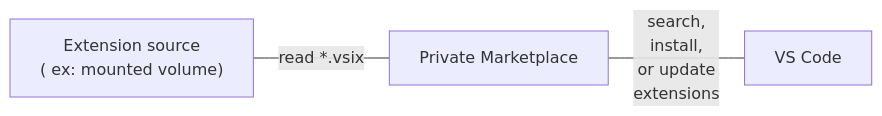
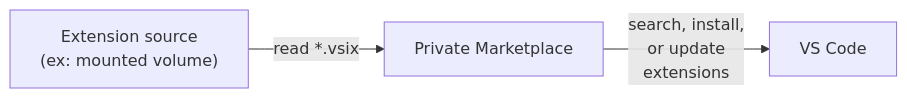
One commit to microsoft/vsmarketplace changed the first of 2 diagrams in privatemarketplace/latest/README.md. Above: the diagram before and after it, drawn with Mermaid.

Commit message:
fix mermaid flowchart in README
html tags not allowed

````diff
--- a/privatemarketplace/latest/README.md
+++ b/privatemarketplace/latest/README.md
@@ -343,5 +343,12 @@
 ```mermaid
 flowchart LR
-   A[Extension source<br>&lpar; ex: mounted volume&rpar; ] --- |read *.vsix| B[Private Marketplace]
-   B --- |search,<br>install,<br>or update<br>extensions| C[VS Code]
+    A["Extension source
+    (ex: mounted volume)"]
+    B["Private Marketplace"]
+    C["VS Code"]
+
+    A -->|read *.vsix| B
+    B -->|search, install,
+    or update
+    extensions| C
 ```
````
